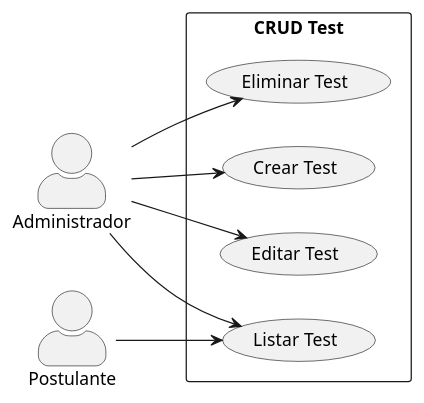
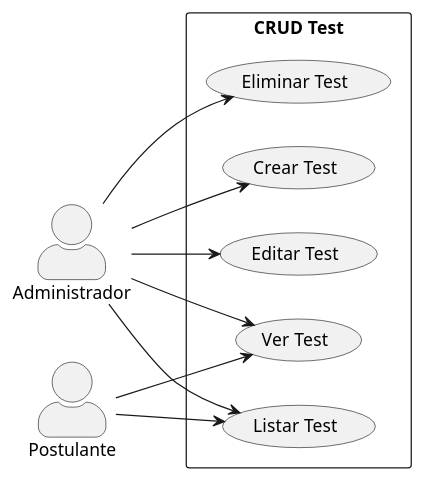
One commit to Dievex/24-25-IdSw1-SDR changed the diagram in casos_de_uso/diagramas_casos_de_uso/crud_test.puml. Above: the diagram before and after it, drawn with PlantUML. The commit also changed 3 other files, not shown here.

Commit message:
feat(use-case-diagrams): add view operations to CRUD diagrams

```diff
--- a/casos_de_uso/diagramas_casos_de_uso/crud_test.puml
+++ b/casos_de_uso/diagramas_casos_de_uso/crud_test.puml
@@ -1,21 +1,24 @@
 @startuml
 skinparam actorStyle awesome
 left to right direction
 actor "Administrador" as Admin
 
 rectangle "CRUD Test" {
   usecase "Crear Test" as CrearTest
   usecase "Listar Test" as ListarTest
   usecase "Editar Test" as EditarTest
   usecase "Eliminar Test" as EliminarTest
+  usecase "Ver Test" as VerTest
 }
 
 Admin --> CrearTest
 Admin --> ListarTest
 Admin --> EditarTest
 Admin --> EliminarTest
+Admin --> VerTest
 
 Postulante --> ListarTest
+Postulante --> VerTest
 
 
 @enduml
```
